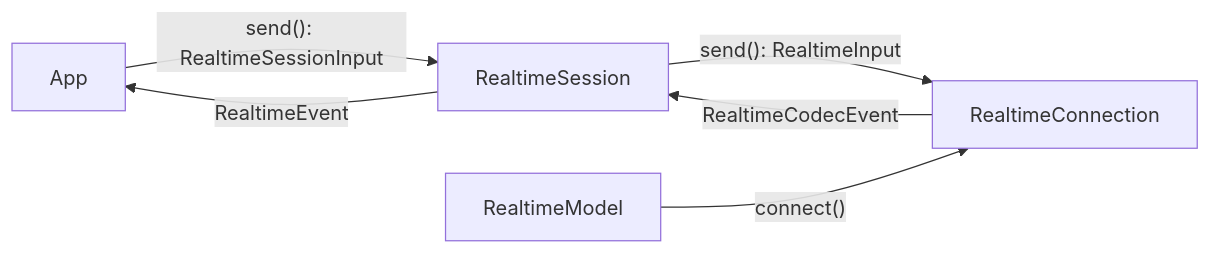
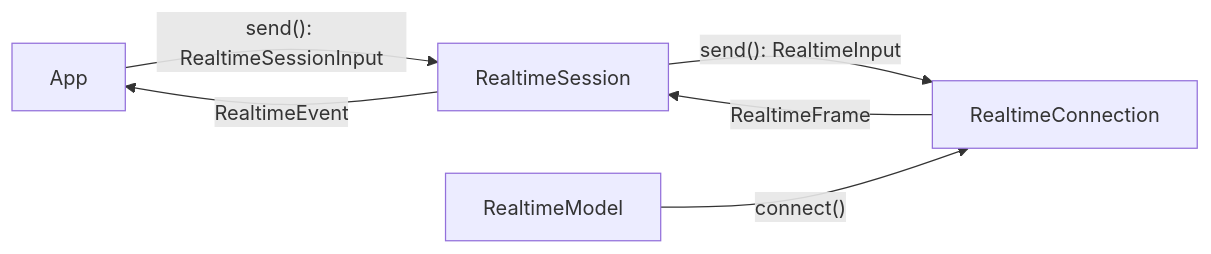
Before and after one commit to pydantic/pydantic-ai: the diagram in docs/api/realtime.md, drawn with Mermaid. The commit also changed other lines of this file and 2 other files, not shown here.

````diff
--- a/docs/api/realtime.md
+++ b/docs/api/realtime.md
@@ -17,8 +17,8 @@
 ```mermaid
 graph LR
     App -- "send(): RealtimeSessionInput" --> S[RealtimeSession]
     S -- "send(): RealtimeInput" --> C[RealtimeConnection]
     M[RealtimeModel] -- "connect()" --> C
-    C -- "RealtimeCodecEvent" --> S
+    C -- "RealtimeFrame" --> S
     S -- "RealtimeEvent" --> App
 ```
````
